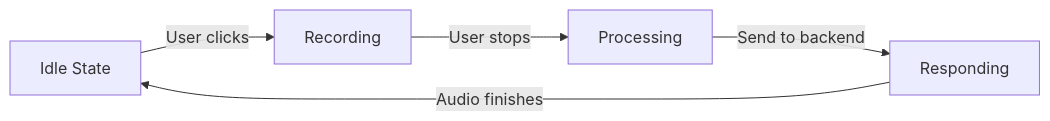
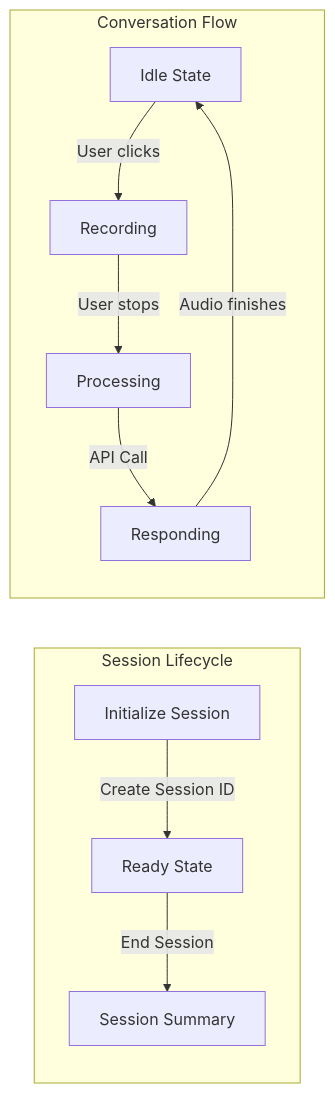
One commit to beerbear4369/design-to-reality-94 changed the fourth of 6 diagrams in memory-bank/systemPatterns.md. Above: the diagram before and after it, drawn with Mermaid. The commit also changed other lines of this file and 65 other files, not shown here.

Commit message:
finish frontend function with REST API integration documentation. next bring the api service live and work on the session ending

````diff
--- a/memory-bank/systemPatterns.md
+++ b/memory-bank/systemPatterns.md
@@ -120,7 +168,14 @@
 ```mermaid
 flowchart LR
-    IDLE[Idle State] -->|User clicks| REC[Recording]
-    REC -->|User stops| PROC[Processing]
-    PROC -->|Send to backend| RESP[Responding]
-    RESP -->|Audio finishes| IDLE
+    subgraph Session Lifecycle
+        INIT[Initialize Session] -->|Create Session ID| READY[Ready State]
+        READY -->|End Session| SUMMARY[Session Summary]
+    end
+    
+    subgraph Conversation Flow
+        IDLE[Idle State] -->|User clicks| REC[Recording]
+        REC -->|User stops| PROC[Processing]
+        PROC -->|API Call| RESP[Responding]
+        RESP -->|Audio finishes| IDLE
+    end
 ```
````
